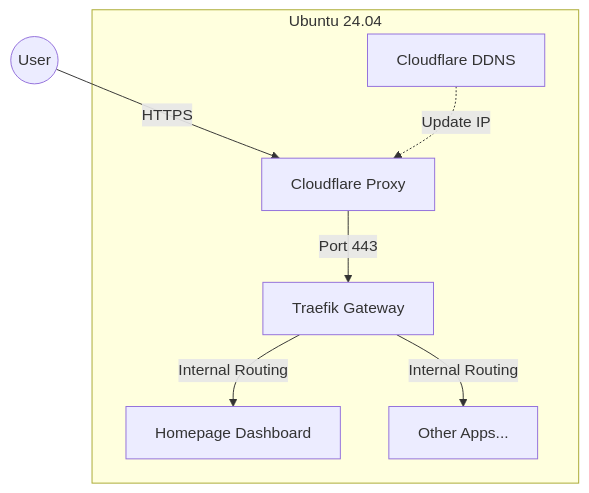
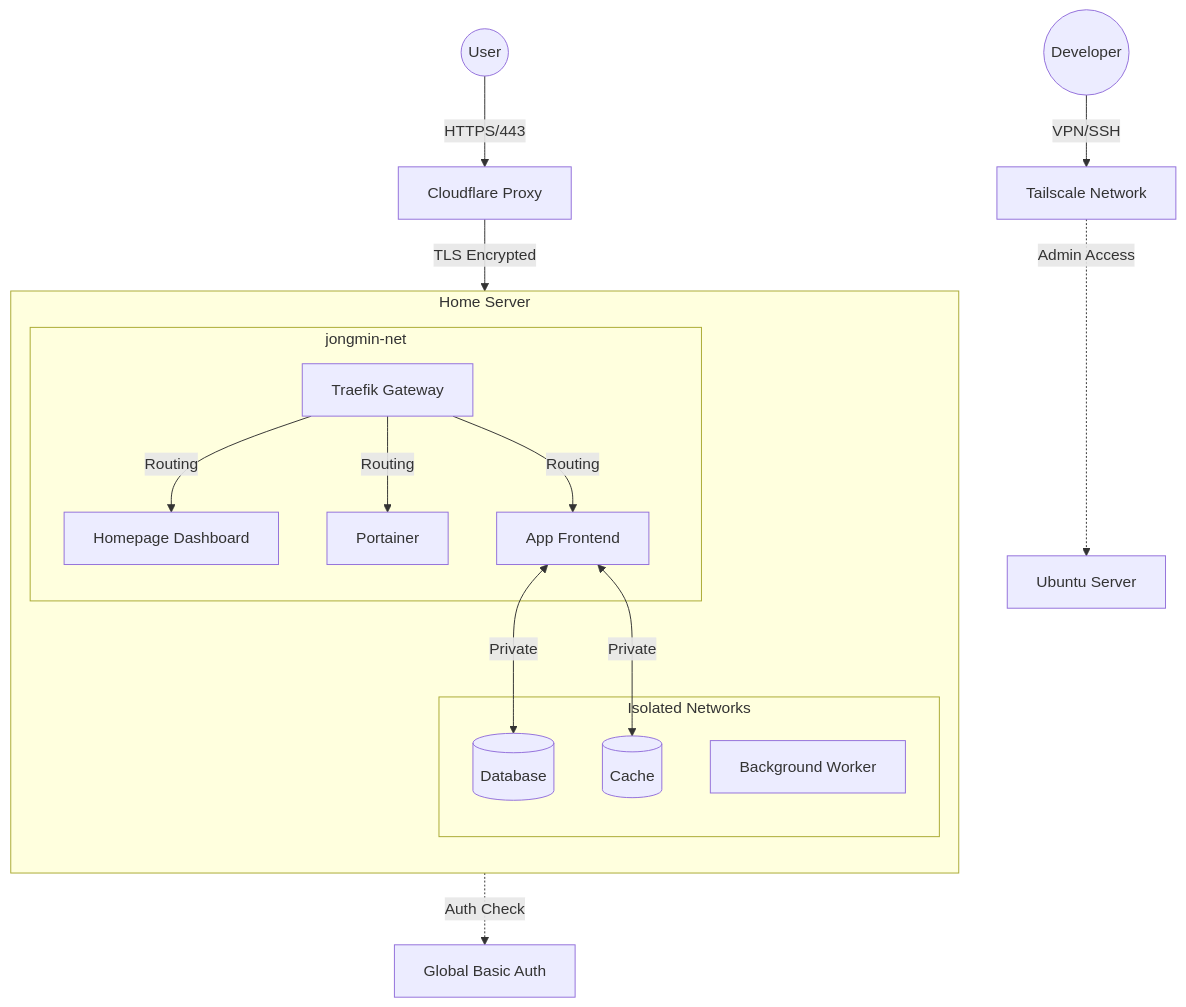
One commit to jongmine/jongmin-server-infra changed the diagram in README.md. Above: the diagram before and after it, drawn with Mermaid. The commit also changed other lines of this file and 9 other files, not shown here.

````diff
--- a/README.md
+++ b/README.md
@@ -25,12 +7,39 @@
 ```mermaid
 graph TD
-    User((User)) -->|HTTPS| CF[Cloudflare Proxy]
-    CF -->|Port 443| Traefik[Traefik Gateway]
+    %% External Access
+    User((User)) -->|HTTPS/443| CF[Cloudflare Proxy]
+    Dev((Developer)) -->|VPN/SSH| Tailscale[Tailscale Network]
 
-    subgraph Home Server [Ubuntu 24.04]
-        Traefik -->|Internal Routing| Homepage[Homepage Dashboard]
-        Traefik -->|Internal Routing| Apps[Other Apps...]
+    %% Gateway Layer
+    CF -->|TLS Encrypted| Traefik[Traefik Gateway]
+    Tailscale -.->|Admin Access| Server[Ubuntu Server]
 
-        DDNS[Cloudflare DDNS] -.->|Update IP| CF
+    %% Docker Networks
+    subgraph Docker Host [Home Server]
+        direction TB
+
+        subgraph Gateway Net [jongmin-net]
+            Traefik
+            Homepage[Homepage Dashboard]
+            Portainer[Portainer]
+            WebApp[App Frontend]
+        end
+
+        subgraph Internal Net [Isolated Networks]
+            DB[(Database)]
+            Redis[(Cache)]
+            Worker[Background Worker]
+        end
+
+        %% Connections
+        Traefik -->|Routing| Homepage
+        Traefik -->|Routing| Portainer
+        Traefik -->|Routing| WebApp
+
+        WebApp <-->|Private| DB
+        WebApp <-->|Private| Redis
     end
+
+    %% Security
+    Traefik -.->|Auth Check| BasicAuth[Global Basic Auth]
 ```
````
